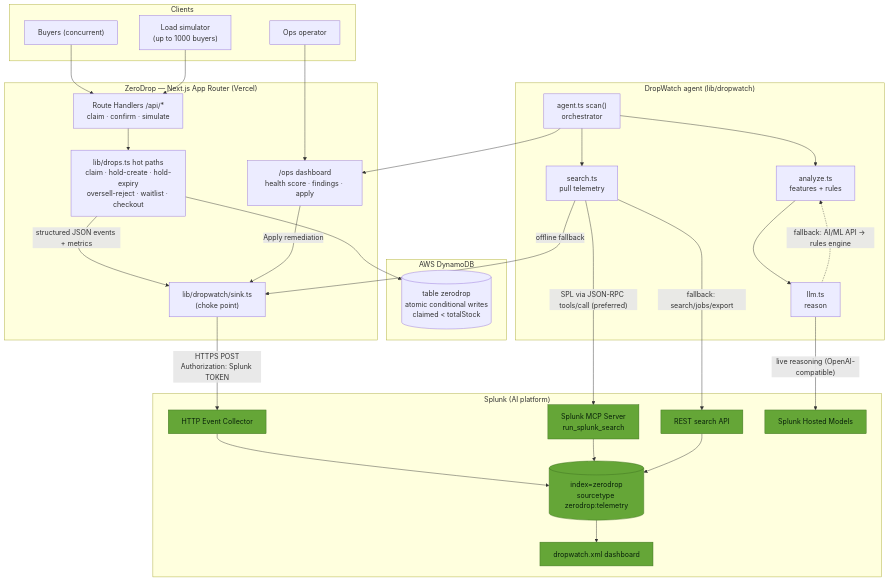
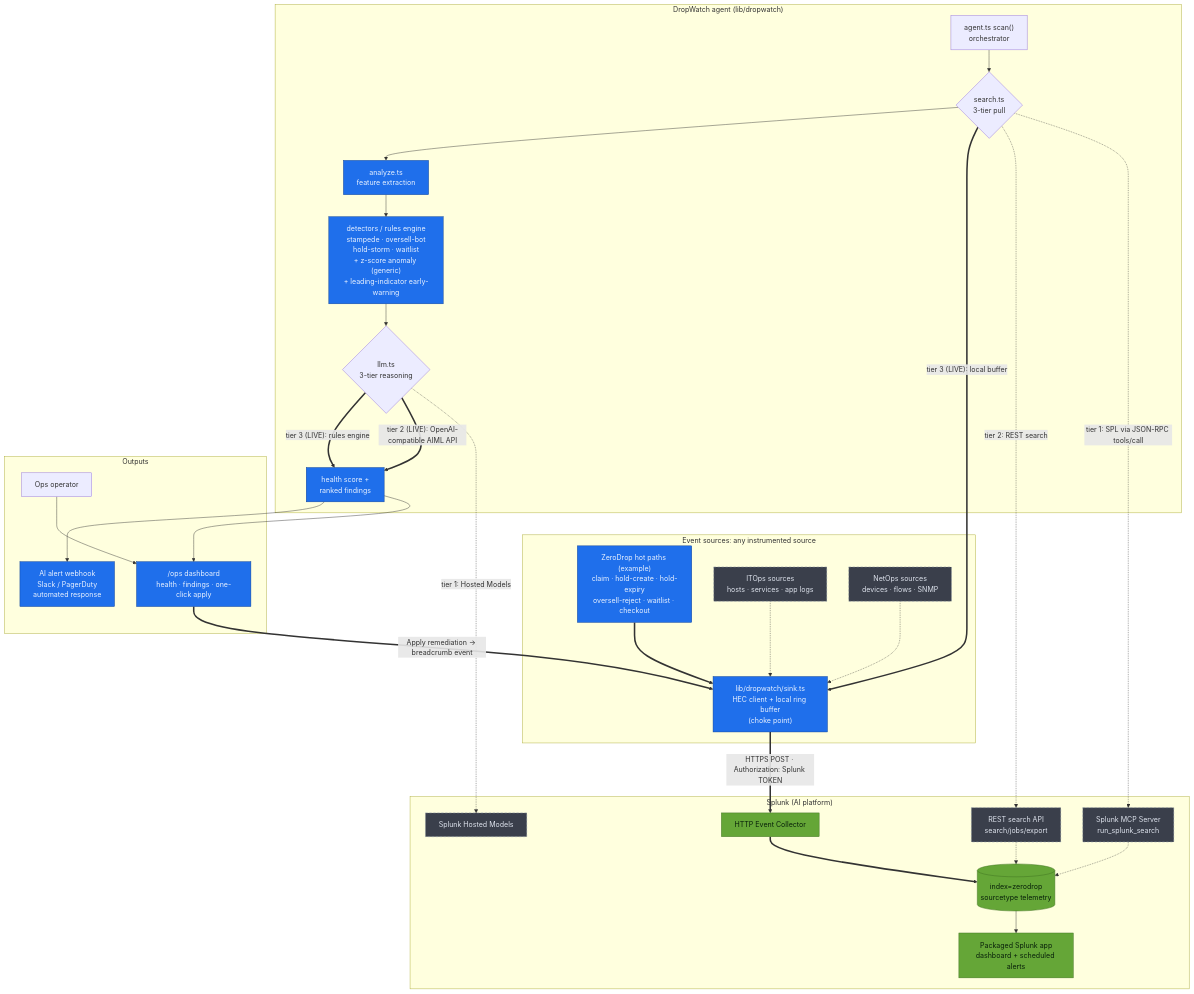
Before and after one commit to jeromtom/zerodrop-splunk-ops: the first of 2 diagrams in architecture_diagram.md, drawn with Mermaid. The commit also changed other lines of this file and 18 other files, not shown here.

First line of the commit message:
Max-effort hardening: generalize the agent + automate response + Splunk-native packaging

````diff
--- a/architecture_diagram.md
+++ b/architecture_diagram.md
@@ -8,56 +18,67 @@
 ```mermaid
 flowchart TB
-    subgraph Clients
-        B["Buyers (concurrent)"]
-        SIM["Load simulator<br/>(up to 1000 buyers)"]
-        OPS["Ops operator"]
-    end
-
-    subgraph App["ZeroDrop — Next.js App Router (Vercel)"]
-        API["Route Handlers /api/*<br/>claim · confirm · simulate"]
-        HOT["lib/drops.ts hot paths<br/>claim · hold-create · hold-expiry<br/>oversell-reject · waitlist · checkout"]
-        SINK["lib/dropwatch/sink.ts<br/>(choke point)"]
-        OPSUI["/ops dashboard<br/>health score · findings · apply"]
-    end
-
-    subgraph DDB["AWS DynamoDB"]
-        T[("table zerodrop<br/>atomic conditional writes<br/>claimed < totalStock")]
+    subgraph Sources["Event sources: any instrumented source"]
+        ZD["ZeroDrop hot paths (example)<br/>claim · hold-create · hold-expiry<br/>oversell-reject · waitlist · checkout"]
+        ITOPS["ITOps sources<br/>hosts · services · app logs"]
+        NETOPS["NetOps sources<br/>devices · flows · SNMP"]
+        SINK["lib/dropwatch/sink.ts<br/>HEC client + local ring buffer<br/>(choke point)"]
     end
 
     subgraph Splunk["Splunk (AI platform)"]
         HEC["HTTP Event Collector"]
-        IDX[("index=zerodrop<br/>sourcetype zerodrop:telemetry")]
+        IDX[("index=zerodrop<br/>sourcetype telemetry")]
         MCP["Splunk MCP Server<br/>run_splunk_search"]
-        REST["REST search API"]
-        DASH["dropwatch.xml dashboard"]
+        REST["REST search API<br/>search/jobs/export"]
         HM["Splunk Hosted Models"]
+        DASH["Packaged Splunk app<br/>dashboard + scheduled alerts"]
     end
 
     subgraph Agent["DropWatch agent (lib/dropwatch)"]
-        SEARCH["search.ts<br/>pull telemetry"]
-        ANALYZE["analyze.ts<br/>features + rules"]
-        LLM["llm.ts<br/>reason"]
         SCAN["agent.ts scan()<br/>orchestrator"]
+        PULL{"search.ts<br/>3-tier pull"}
+        FEAT["analyze.ts<br/>feature extraction"]
+        DET["detectors / rules engine<br/>stampede · oversell-bot<br/>hold-storm · waitlist<br/>+ z-score anomaly (generic)<br/>+ leading-indicator early-warning"]
+        REASON{"llm.ts<br/>3-tier reasoning"}
+        SCORE["health score +<br/>ranked findings"]
     end
 
-    B --> API
-    SIM --> API
-    API --> HOT --> T
-    HOT -- "structured JSON events + metrics" --> SINK
-    SINK -- "HTTPS POST<br/>Authorization: Splunk TOKEN" --> HEC --> IDX
+    subgraph Out["Outputs"]
+        OPSUI["/ops dashboard<br/>health · findings · one-click apply"]
+        WEBHOOK["AI alert webhook<br/>Slack / PagerDuty<br/>automated response"]
+        OPS["Ops operator"]
+    end
 
-    SCAN --> SEARCH
-    SEARCH -- "SPL via JSON-RPC tools/call (preferred)" --> MCP --> IDX
-    SEARCH -- "fallback: search/jobs/export" --> REST --> IDX
-    SEARCH -- "offline fallback" --> SINK
-    SCAN --> ANALYZE --> LLM
-    LLM -- "live reasoning (OpenAI-compatible)" --> HM
-    LLM -. "fallback: AI/ML API -> rules engine" .-> ANALYZE
-    SCAN --> OPSUI
+    %% ingest (LIVE)
+    ZD ==> SINK
+    ITOPS -.-> SINK
+    NETOPS -.-> SINK
+    SINK == "HTTPS POST · Authorization: Splunk TOKEN" ==> HEC ==> IDX
+
+    %% 3-tier pull
+    SCAN --> PULL
+    PULL -. "tier 1: SPL via JSON-RPC tools/call" .-> MCP -.-> IDX
+    PULL -. "tier 2: REST search" .-> REST -.-> IDX
+    PULL == "tier 3 (LIVE): local buffer" ==> SINK
+
+    %% analyze + detect
+    PULL --> FEAT --> DET --> REASON
+
+    %% 3-tier reasoning
+    REASON -. "tier 1: Hosted Models" .-> HM
+    REASON == "tier 2 (LIVE): OpenAI-compatible AIML API" ==> SCORE
+    REASON == "tier 3 (LIVE): rules engine" ==> SCORE
+
+    %% outputs
+    SCORE --> OPSUI
+    SCORE --> WEBHOOK
     OPS --> OPSUI
-    OPSUI -- "Apply remediation" --> SINK
+    OPSUI == "Apply remediation -> breadcrumb event" ==> SINK
     IDX --> DASH
 
     classDef splunk fill:#65a637,stroke:#3c6e1f,color:#08210a;
+    classDef live fill:#1f6feb,stroke:#0b3d91,color:#eaf2ff;
+    classDef wired fill:#3a3f4b,stroke:#8b95a7,color:#dfe4ee,stroke-dasharray:5 4;
     class HEC,IDX,MCP,REST,DASH,HM splunk;
+    class ZD,SINK,FEAT,DET,SCORE,OPSUI,WEBHOOK live;
+    class MCP,REST,HM,ITOPS,NETOPS wired;
 ```
````
